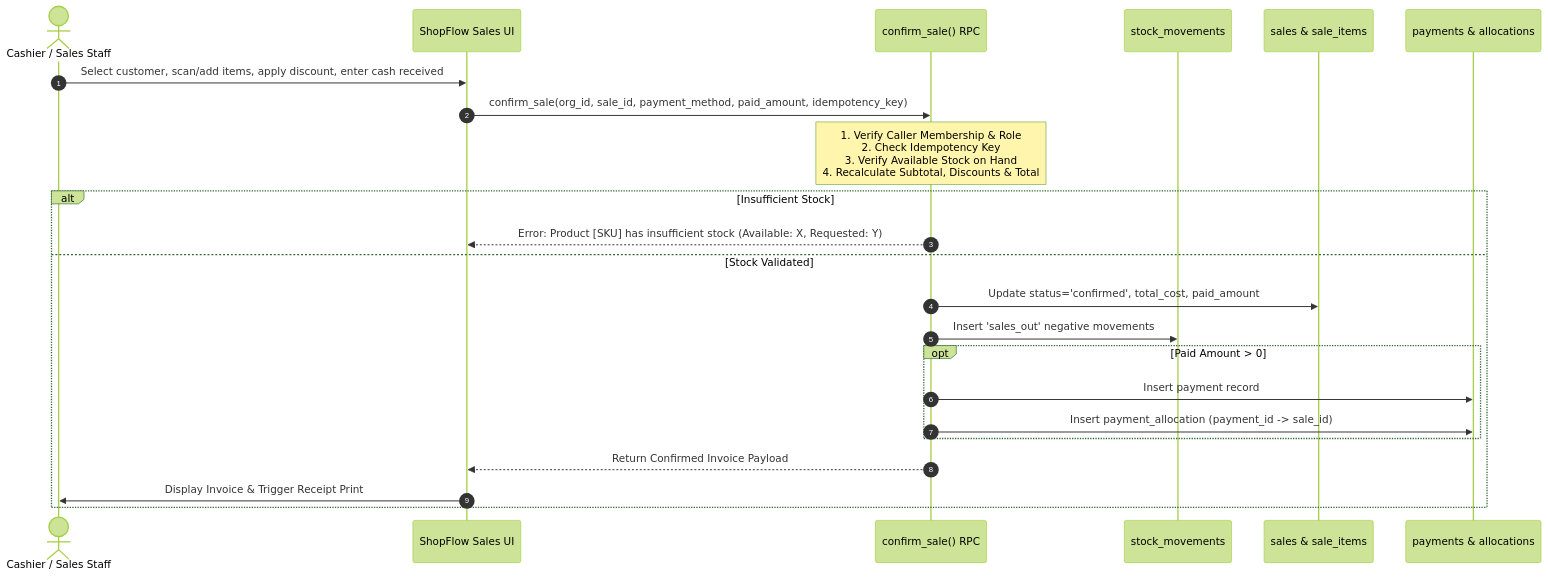
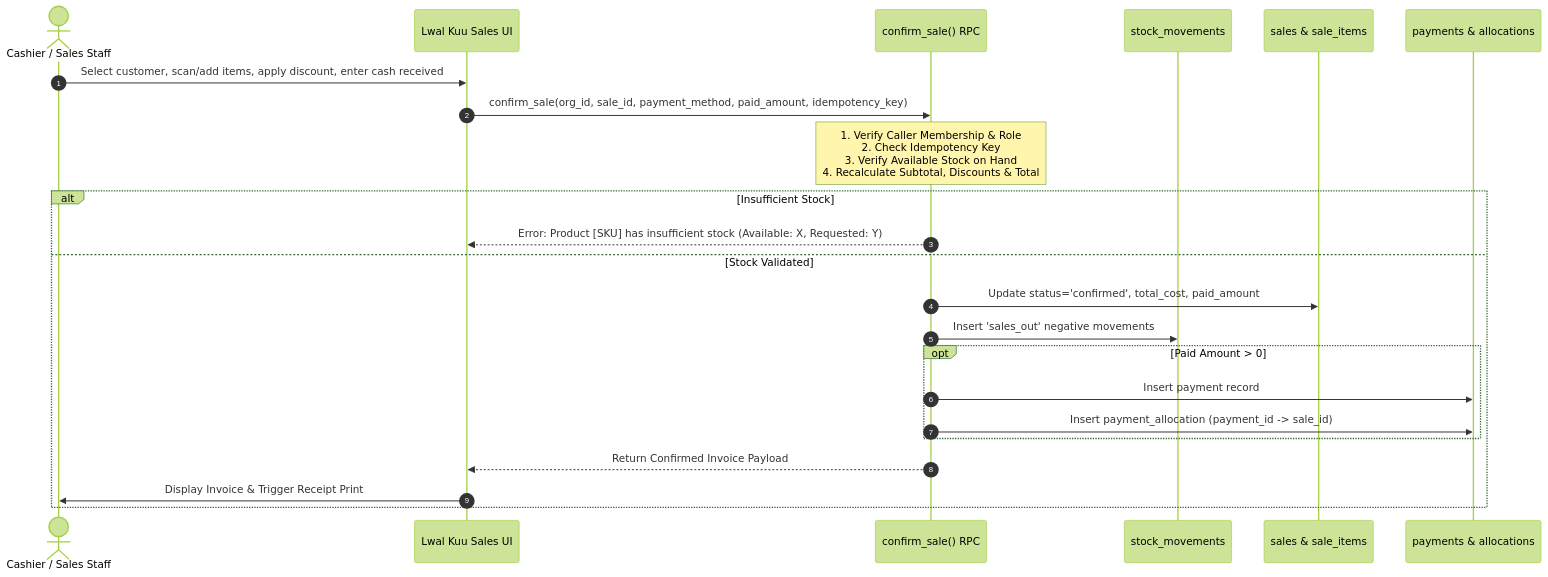
Before and after one commit to dev-wyp/lwal-kuu: the first of 2 diagrams in docs/architecture/04-business-workflows.md, drawn with Mermaid (forest theme). The commit also changed other lines of this file and 48 other files, not shown here.

````diff
--- a/docs/architecture/04-business-workflows.md
+++ b/docs/architecture/04-business-workflows.md
@@ -7,26 +7,26 @@
 ```mermaid
 sequenceDiagram
     autonumber
     actor Staff as Cashier / Sales Staff
-    participant UI as ShopFlow Sales UI
+    participant UI as Lwal Kuu Sales UI
     participant RPC as confirm_sale() RPC
     participant DB_Stock as stock_movements
     participant DB_Sales as sales & sale_items
     participant DB_Pay as payments & allocations
 
     Staff->>UI: Select customer, scan/add items, apply discount, enter cash received
     UI->>RPC: confirm_sale(org_id, sale_id, payment_method, paid_amount, idempotency_key)
     Note over RPC: 1. Verify Caller Membership & Role<br/>2. Check Idempotency Key<br/>3. Verify Available Stock on Hand<br/>4. Recalculate Subtotal, Discounts & Total
     alt Insufficient Stock
         RPC-->>UI: Error: Product [SKU] has insufficient stock (Available: X, Requested: Y)
     else Stock Validated
         RPC->>DB_Sales: Update status='confirmed', total_cost, paid_amount
         RPC->>DB_Stock: Insert 'sales_out' negative movements
         opt Paid Amount > 0
             RPC->>DB_Pay: Insert payment record
             RPC->>DB_Pay: Insert payment_allocation (payment_id -> sale_id)
         end
         RPC-->>UI: Return Confirmed Invoice Payload
         UI->>Staff: Display Invoice & Trigger Receipt Print
     end
 ```
````
